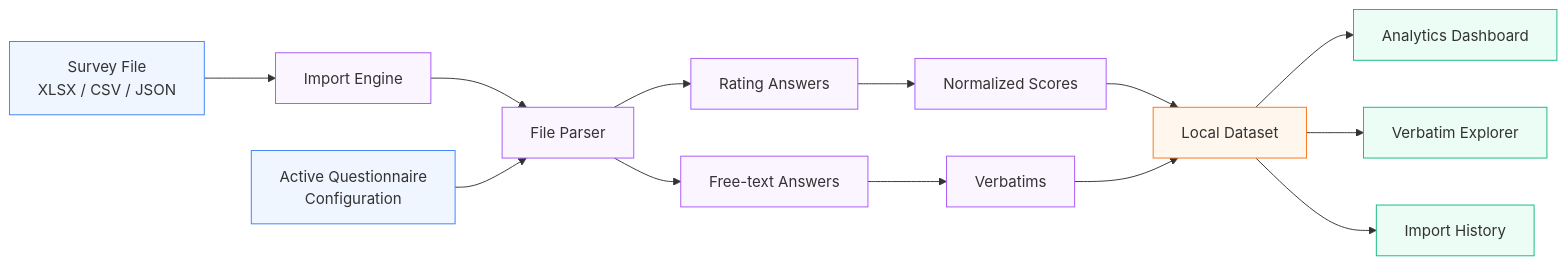
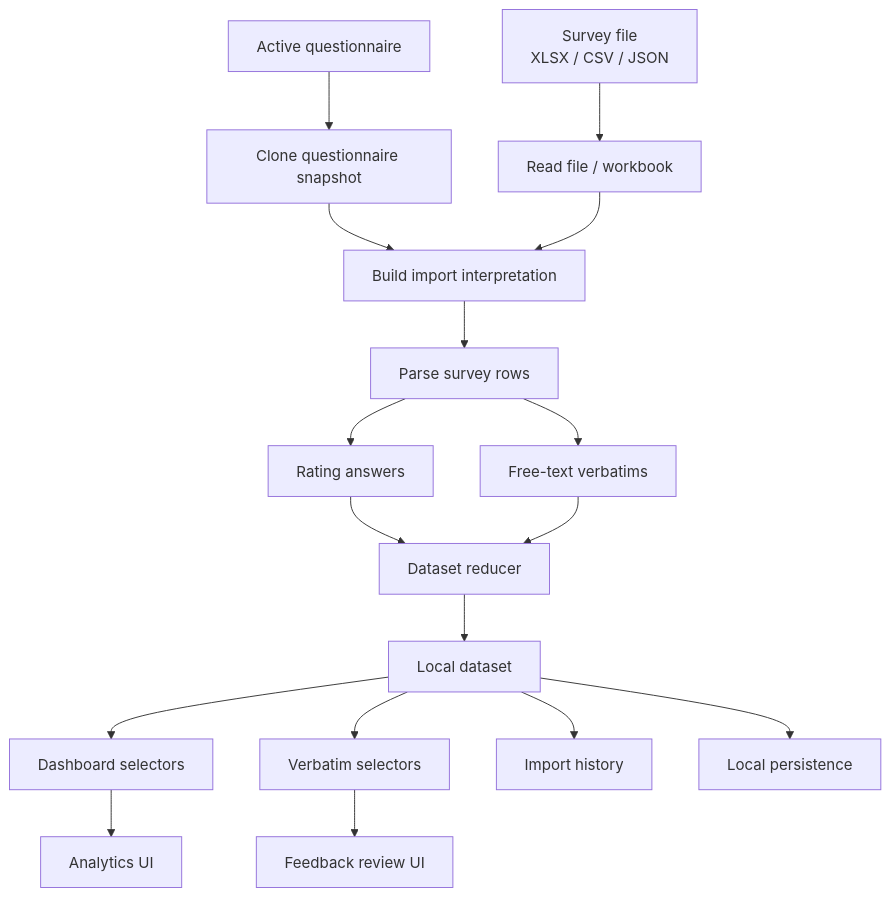
The second of 7 diagrams in README.md (nathanda95/CellSpain), drawn with Mermaid before and after one commit. The commit also changed other lines of this file, not shown here.

````diff
--- a/README.md
+++ b/README.md
@@ -256,32 +361,27 @@
 ```mermaid
-flowchart LR
-    FILE["Survey File<br/>XLSX / CSV / JSON"]
+flowchart TD
+    FILE["Survey file<br/>XLSX / CSV / JSON"]
 
-    FILE --> IMPORT["Import Engine"]
-    IMPORT --> PARSER["File Parser"]
+    FILE --> READ["Read file / workbook"]
+    CONFIG["Active questionnaire"] --> SNAPSHOT["Clone questionnaire snapshot"]
+    SNAPSHOT --> PLAN["Build import interpretation"]
 
-    CONFIG["Active Questionnaire<br/>Configuration"] --> PARSER
+    READ --> PLAN
+    PLAN --> ROWS["Parse survey rows"]
 
-    PARSER --> RATINGS["Rating Answers"]
-    PARSER --> TEXT["Free-text Answers"]
+    ROWS --> RATINGS["Rating answers"]
+    ROWS --> COMMENTS["Free-text verbatims"]
 
-    RATINGS --> SCORES["Normalized Scores"]
-    TEXT --> VERBATIMS["Verbatims"]
+    RATINGS --> ACTION["Dataset reducer"]
+    COMMENTS --> ACTION
 
-    SCORES --> DATA["Local Dataset"]
-    VERBATIMS --> DATA
+    ACTION --> DATA["Local dataset"]
 
-    DATA --> DASHBOARD["Analytics Dashboard"]
-    DATA --> EXPLORER["Verbatim Explorer"]
-    DATA --> HISTORY["Import History"]
+    DATA --> DASH["Dashboard selectors"]
+    DATA --> VERB["Verbatim selectors"]
+    DATA --> HISTORY["Import history"]
+    DATA --> STORAGE["Local persistence"]
 
-    classDef input fill:#eff6ff,stroke:#3b82f6
-    classDef process fill:#faf5ff,stroke:#a855f7
-    classDef storage fill:#fff7ed,stroke:#f97316
-    classDef output fill:#ecfdf5,stroke:#10b981
-
-    class FILE,CONFIG input
-    class IMPORT,PARSER,RATINGS,TEXT,SCORES,VERBATIMS process
-    class DATA storage
-    class DASHBOARD,EXPLORER,HISTORY output
+    DASH --> UI1["Analytics UI"]
+    VERB --> UI2["Feedback review UI"]
 ```
````
